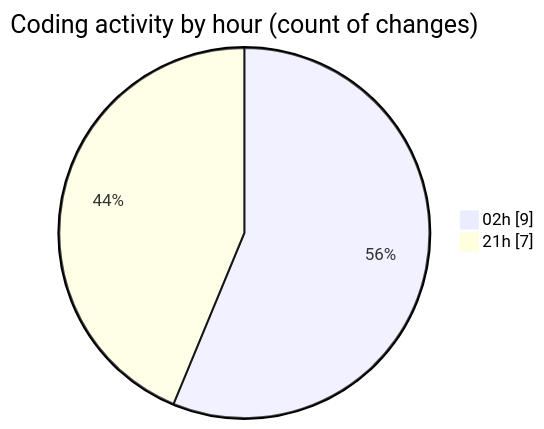
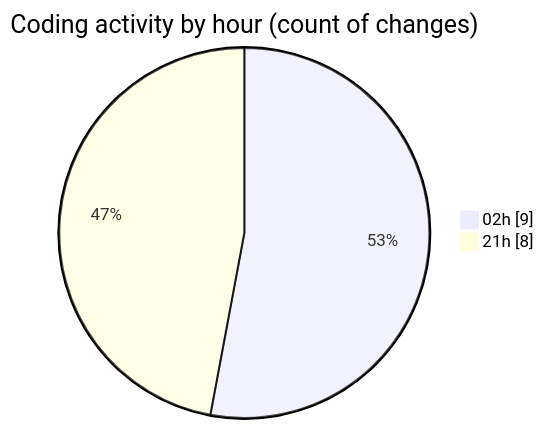
One commit to hasnaa123/code-tracking changed the second of 2 diagrams in 2026-02-22/student_performance_system/README.md. Above: the diagram before and after it, drawn with Mermaid. The commit also changed other lines of this file and 1 other file, not shown here.

````diff
--- a/2026-02-22/student_performance_system/README.md
+++ b/2026-02-22/student_performance_system/README.md
@@ -28,6 +28,6 @@
 ```mermaid
 pie showData
 title Coding activity by hour (count of changes)
 "02h" : 9
-"21h" : 7
+"21h" : 8
 ```
````
